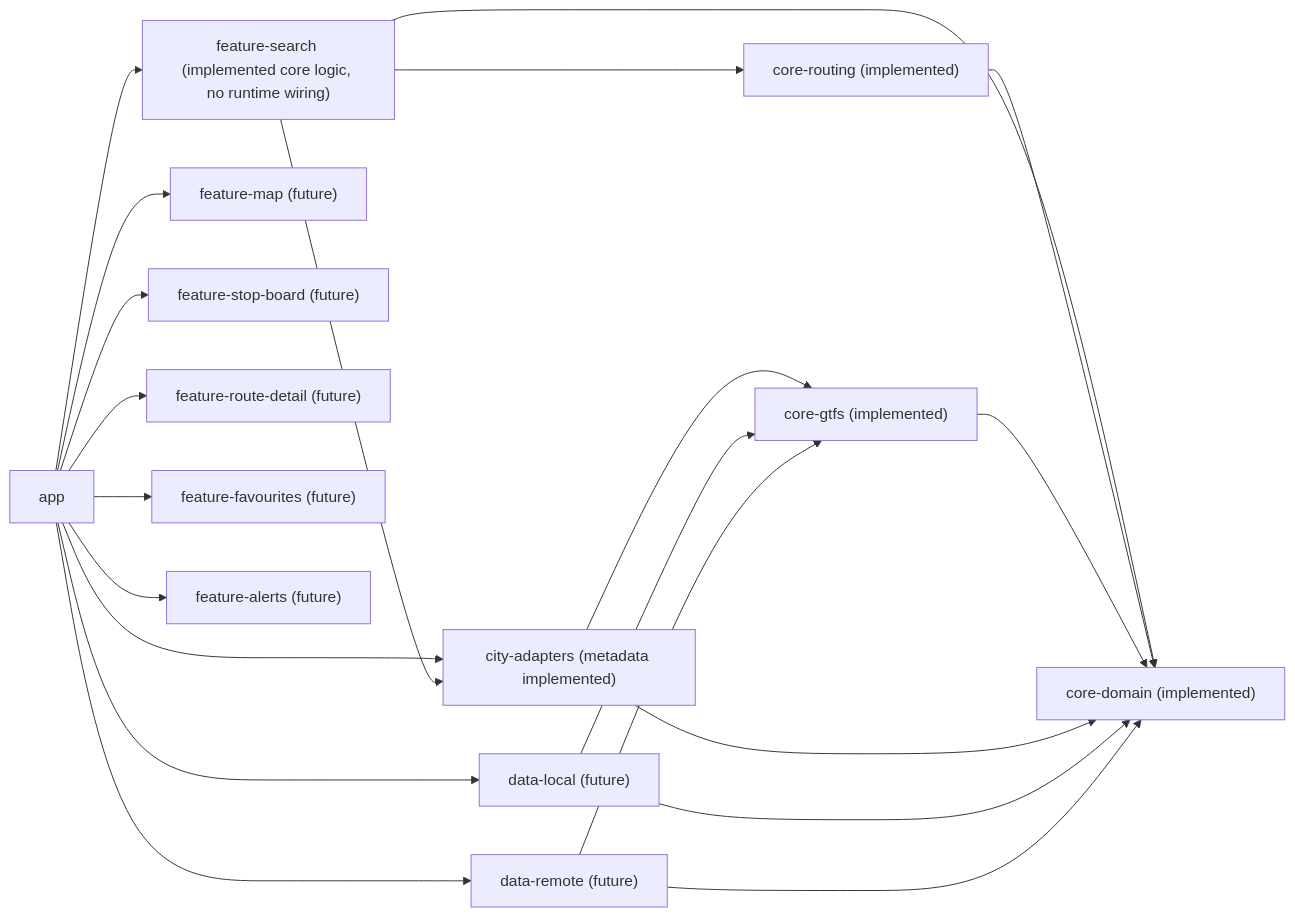
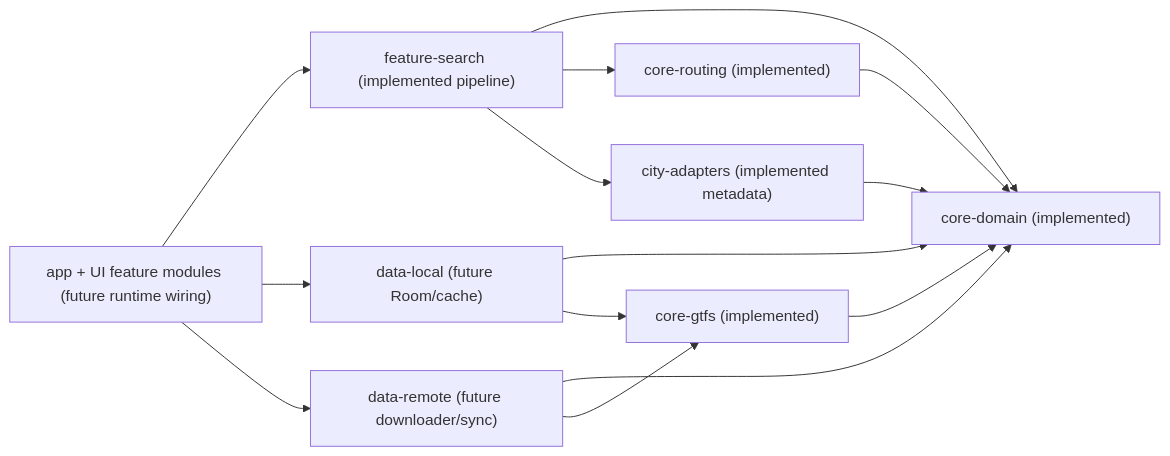
The diagram in docs/CODEBASE_IMPACT_MAP.md (Fuuduuu/ANDROBUSS), drawn with Mermaid before and after one commit. The commit also changed other lines of this file and 12 other files, not shown here.

Commit message:
docs: sync GTFS pipeline architecture diagrams

````diff
--- a/docs/CODEBASE_IMPACT_MAP.md
+++ b/docs/CODEBASE_IMPACT_MAP.md
@@ -69,26 +55,25 @@
 ```mermaid
 flowchart LR
-    app --> feature_search["feature-search (implemented core logic, no runtime wiring)"]
-    app --> feature_map["feature-map (future)"]
-    app --> feature_stop_board["feature-stop-board (future)"]
-    app --> feature_route_detail["feature-route-detail (future)"]
-    app --> feature_favourites["feature-favourites (future)"]
-    app --> feature_alerts["feature-alerts (future)"]
-    app --> data_local["data-local (future)"]
-    app --> data_remote["data-remote (future)"]
-    app --> city_adapters["city-adapters (metadata implemented)"]
+    core_domain["core-domain (implemented)"]
+    core_gtfs["core-gtfs (implemented)"]
+    core_routing["core-routing (implemented)"]
+    city_adapters["city-adapters (implemented metadata)"]
+    feature_search["feature-search (implemented pipeline)"]
+    data_local["data-local (future Room/cache)"]
+    data_remote["data-remote (future downloader/sync)"]
+    app_ui["app + UI feature modules (future runtime wiring)"]
 
-    feature_search --> core_domain["core-domain (implemented)"]
-    feature_search --> core_routing["core-routing (implemented)"]
+    core_gtfs --> core_domain
+    core_routing --> core_domain
+    city_adapters --> core_domain
+    feature_search --> core_domain
+    feature_search --> core_routing
     feature_search --> city_adapters
-
-    core_routing --> core_domain
-    core_gtfs["core-gtfs (implemented)"] --> core_domain
-
-    city_adapters --> core_gtfs
-    city_adapters --> core_domain
+    data_local --> core_domain
     data_local --> core_gtfs
-    data_local --> core_domain
+    data_remote --> core_domain
     data_remote --> core_gtfs
-    data_remote --> core_domain
+    app_ui --> feature_search
+    app_ui --> data_local
+    app_ui --> data_remote
 ```
````
